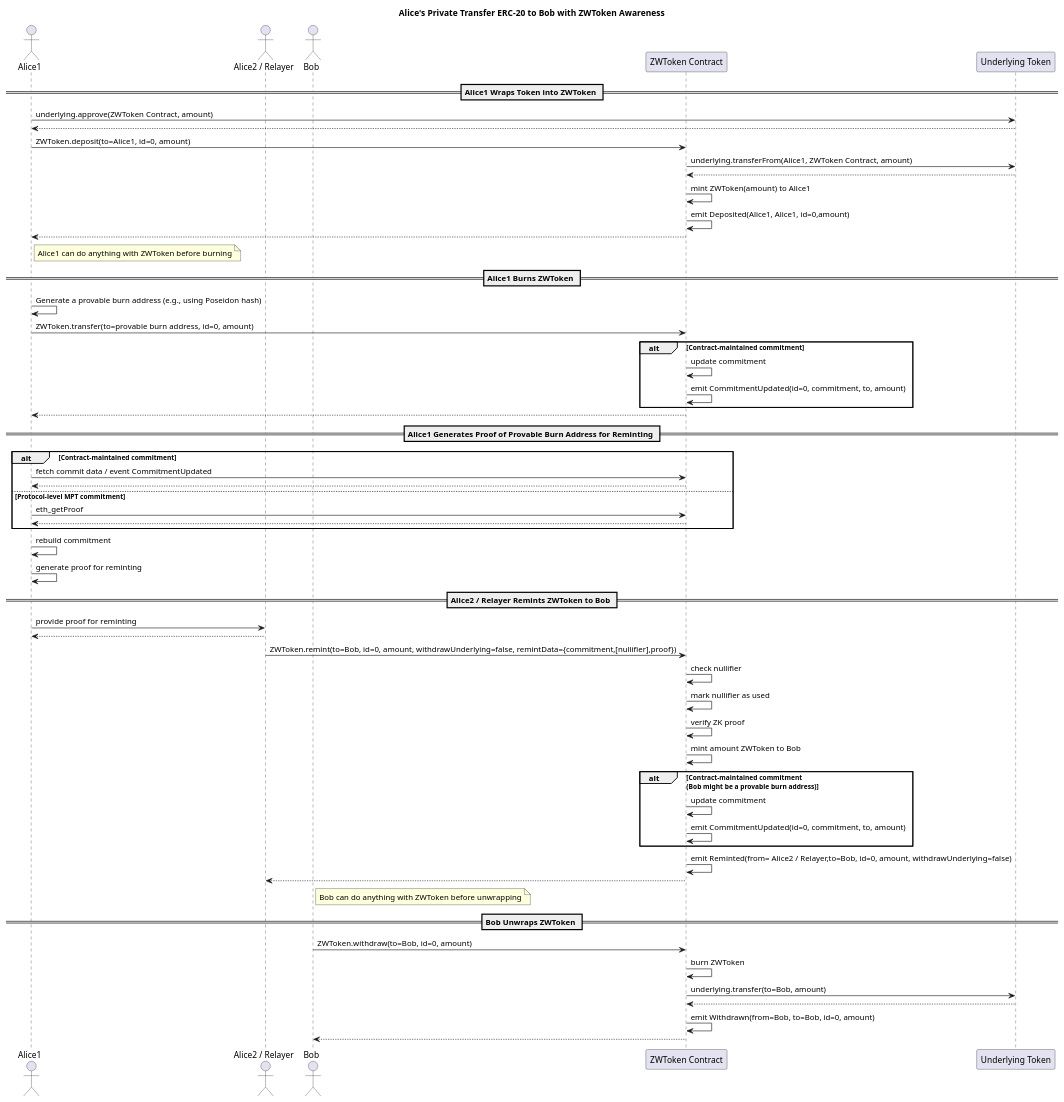
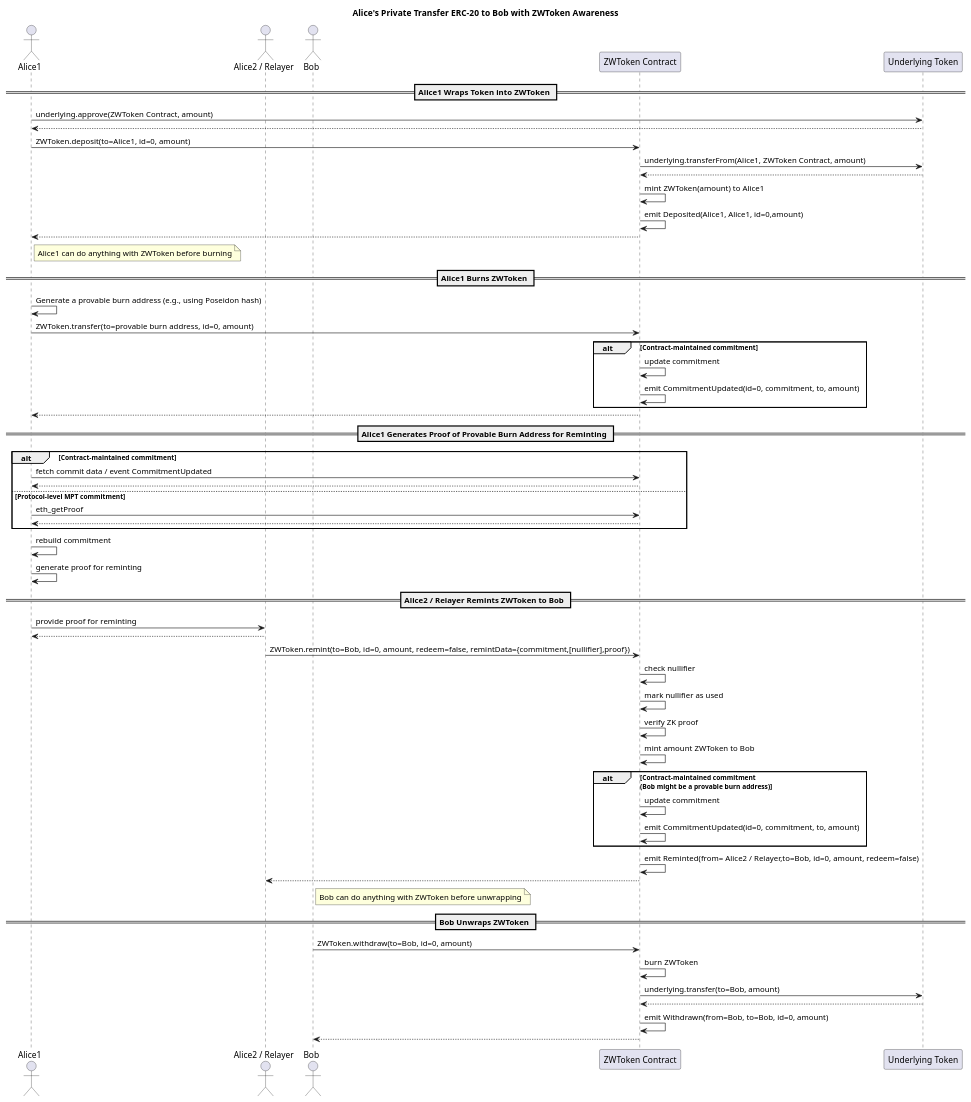
One commit to ethereum/ERCs changed the diagram in assets/erc-8065/flow1.pu. Above: the diagram before and after it, drawn with PlantUML. The commit also changed 4 other files, not shown here.

Commit message:
Rename withdrawUnderlying to redeem

```diff
--- a/assets/erc-8065/flow1.pu
+++ b/assets/erc-8065/flow1.pu
@@ -1,66 +1,66 @@
 @startuml
 title Alice's Private Transfer ERC-20 to Bob with ZWToken Awareness
 
 actor Alice1
 actor "Alice2 / Relayer" as Alice2
 actor Bob
 participant "ZWToken Contract" as ZW
 participant "Underlying Token" as U
 
 == Alice1 Wraps Token into ZWToken ==
 Alice1 -> U : underlying.approve(ZWToken Contract, amount)
 Alice1 <-- U
 Alice1 -> ZW : ZWToken.deposit(to=Alice1, id=0, amount)
 ZW -> U : underlying.transferFrom(Alice1, ZWToken Contract, amount)
 ZW <-- U
 ZW -> ZW : mint ZWToken(amount) to Alice1
 ZW -> ZW : emit Deposited(Alice1, Alice1, id=0,amount)
 Alice1 <-- ZW
 
 note right of Alice1 : Alice1 can do anything with ZWToken before burning
 
 == Alice1 Burns ZWToken ==
 Alice1 -> Alice1 : Generate a provable burn address (e.g., using Poseidon hash)
 Alice1 -> ZW : ZWToken.transfer(to=provable burn address, id=0, amount)
 alt Contract-maintained commitment
     ZW -> ZW : update commitment
     ZW -> ZW : emit CommitmentUpdated(id=0, commitment, to, amount)
 end
 Alice1 <-- ZW
 
 == Alice1 Generates Proof of Provable Burn Address for Reminting ==
 alt Contract-maintained commitment
     Alice1 -> ZW : fetch commit data / event CommitmentUpdated
     Alice1 <-- ZW
 else Protocol-level MPT commitment
     Alice1 -> ZW : eth_getProof
     Alice1 <-- ZW
 end
 Alice1 -> Alice1 : rebuild commitment
 Alice1 -> Alice1 : generate proof for reminting
 
 == Alice2 / Relayer Remints ZWToken to Bob ==
 Alice1 -> Alice2 : provide proof for reminting
 Alice1 <-- Alice2
-Alice2 -> ZW : ZWToken.remint(to=Bob, id=0, amount, withdrawUnderlying=false, remintData={commitment,[nullifier],proof})
+Alice2 -> ZW : ZWToken.remint(to=Bob, id=0, amount, redeem=false, remintData={commitment,[nullifier],proof})
 ZW -> ZW : check nullifier
 ZW -> ZW : mark nullifier as used
 ZW -> ZW : verify ZK proof
 ZW -> ZW : mint amount ZWToken to Bob
 alt Contract-maintained commitment\n(Bob might be a provable burn address)
     ZW -> ZW : update commitment
     ZW -> ZW : emit CommitmentUpdated(id=0, commitment, to, amount)
 end
-ZW -> ZW : emit Reminted(from= Alice2 / Relayer,to=Bob, id=0, amount, withdrawUnderlying=false)
+ZW -> ZW : emit Reminted(from= Alice2 / Relayer,to=Bob, id=0, amount, redeem=false)
 Alice2 <-- ZW
 
 note right of Bob: Bob can do anything with ZWToken before unwrapping
 
 == Bob Unwraps ZWToken ==
 Bob -> ZW : ZWToken.withdraw(to=Bob, id=0, amount)
 ZW -> ZW : burn ZWToken
 ZW -> U : underlying.transfer(to=Bob, amount)
 ZW <-- U
 ZW -> ZW : emit Withdrawn(from=Bob, to=Bob, id=0, amount)
 Bob <-- ZW
 @enduml
```
